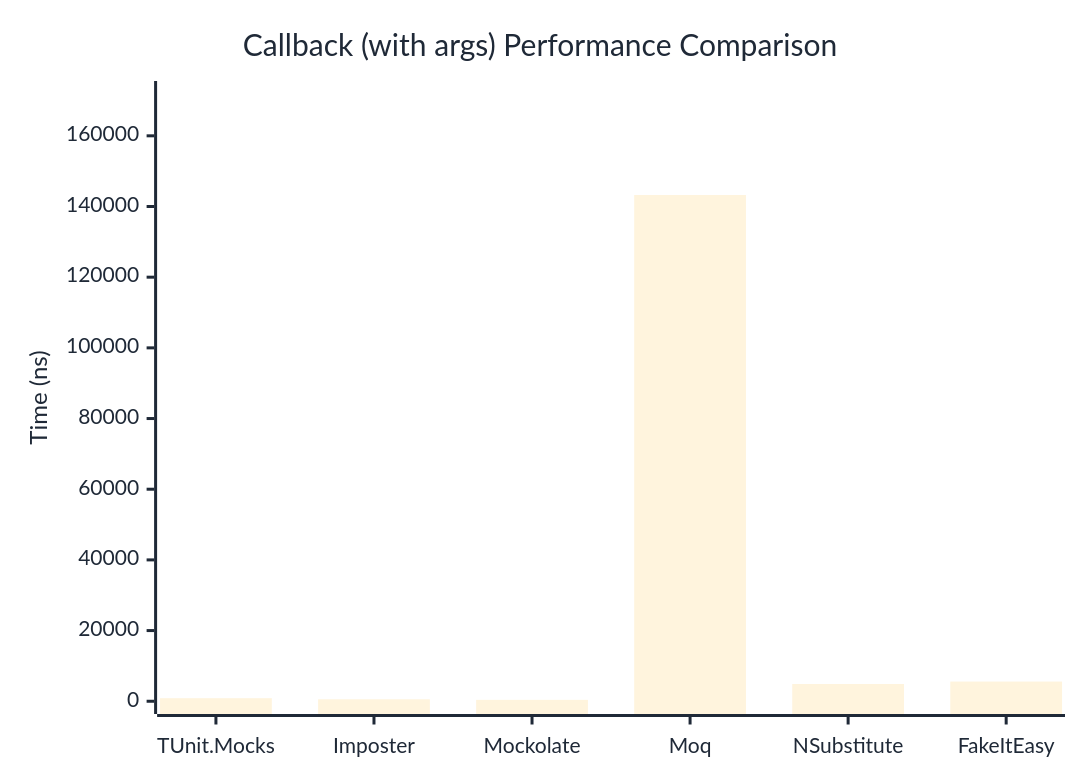
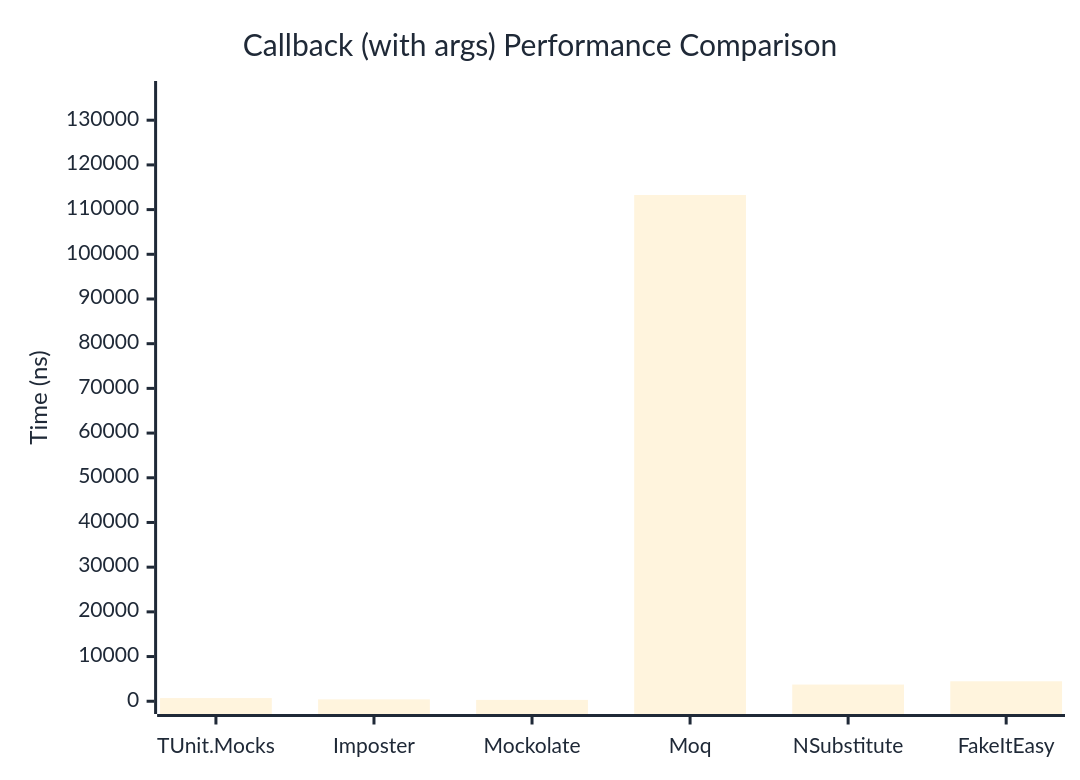
Before and after one commit to thomhurst/TUnit: the second of 2 diagrams in docs/docs/benchmarks/mocks/Callback.md, drawn with Mermaid. The commit also changed other lines of this file and 14 other files, not shown here.

````diff
--- a/docs/docs/benchmarks/mocks/Callback.md
+++ b/docs/docs/benchmarks/mocks/Callback.md
@@ -71,27 +71,27 @@
 ```mermaid
 %%{init: {
   'theme':'base',
   'themeVariables': {
     'primaryColor': '#2563eb',
     'primaryTextColor': '#1f2937',
     'primaryBorderColor': '#1e40af',
     'lineColor': '#6b7280',
     'secondaryColor': '#7c3aed',
     'tertiaryColor': '#dc2626',
     'background': '#ffffff',
     'pie1': '#2563eb',
     'pie2': '#7c3aed',
     'pie3': '#dc2626',
     'pie4': '#f59e0b',
     'pie5': '#10b981',
     'pie6': '#06b6d4',
     'pie7': '#ec4899',
     'pie8': '#6366f1'
   }
 }}%%
 xychart-beta
   title "Callback (with args) Performance Comparison"
   x-axis ["TUnit.Mocks", "Imposter", "Mockolate", "Moq", "NSubstitute", "FakeItEasy"]
-  y-axis "Time (ns)" 0 --> 171905
-  bar [867.3, 555.4, 393.7, 143254.1, 4882.7, 5572.5]
+  y-axis "Time (ns)" 0 --> 135920
+  bar [707.6, 425.3, 299.4, 113266.2, 3736.1, 4466.9]
 ```
````
